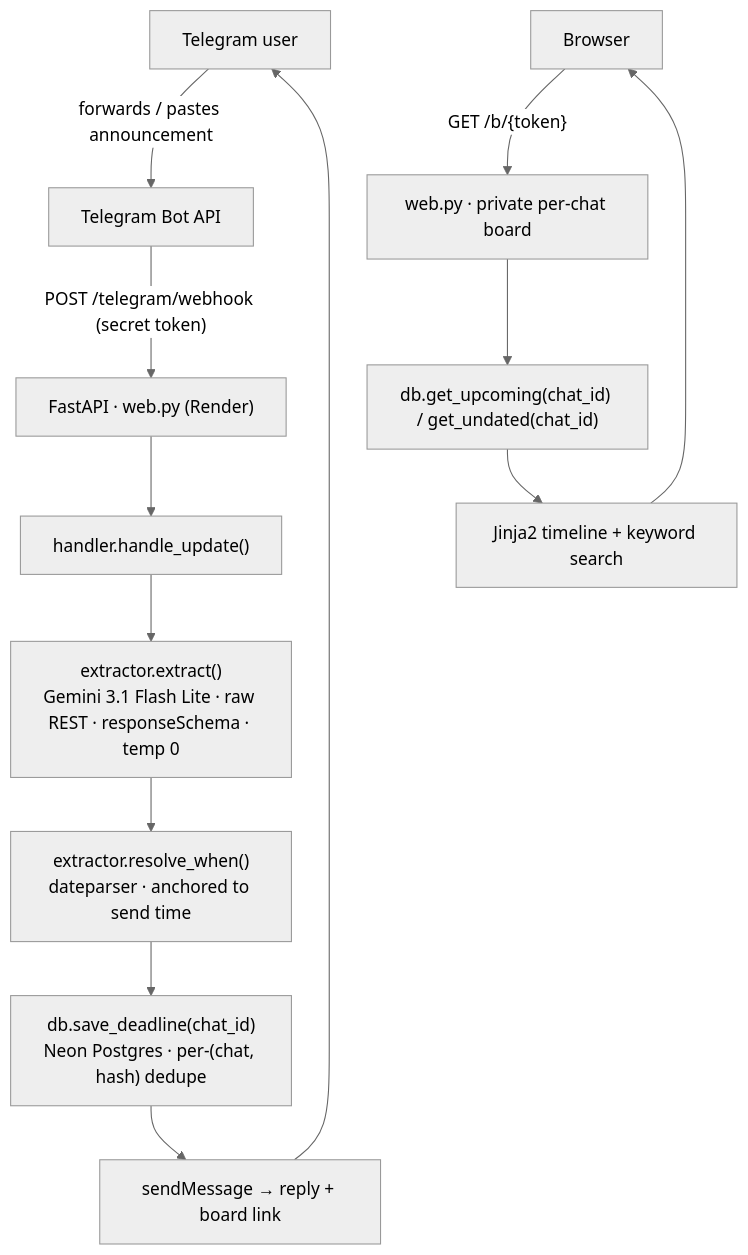
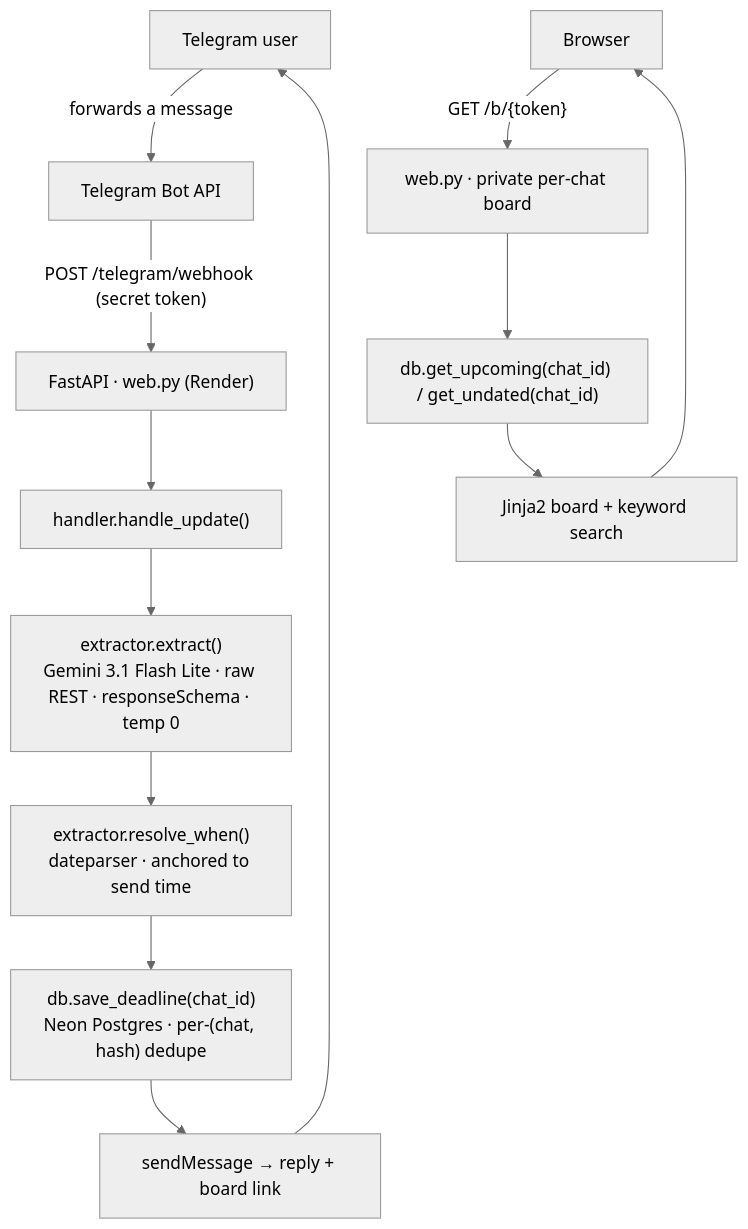
Before and after one commit to aimless-cupid/deadline-bot: the diagram in README.md, drawn with Mermaid (neutral theme). The commit also changed other lines of this file, not shown here.

````diff
--- a/README.md
+++ b/README.md
@@ -13,16 +23,16 @@
 ```mermaid
 flowchart TD
-    U["Telegram user"] -->|"forwards / pastes announcement"| TG["Telegram Bot API"]
+    U["Telegram user"] -->|"forwards a message"| TG["Telegram Bot API"]
     TG -->|"POST /telegram/webhook (secret token)"| W["FastAPI · web.py (Render)"]
     W --> H["handler.handle_update()"]
     H --> E["extractor.extract()<br/>Gemini 3.1 Flash Lite · raw REST · responseSchema · temp 0"]
     E --> R["extractor.resolve_when()<br/>dateparser · anchored to send time"]
     R --> S["db.save_deadline(chat_id)<br/>Neon Postgres · per-(chat, hash) dedupe"]
     S --> RE["sendMessage → reply + board link"]
     RE --> U
 
     B["Browser"] -->|"GET /b/{token}"| D["web.py · private per-chat board"]
     D --> G["db.get_upcoming(chat_id) / get_undated(chat_id)"]
-    G --> J["Jinja2 timeline + keyword search"]
+    G --> J["Jinja2 board + keyword search"]
     J --> B
 ```
````
